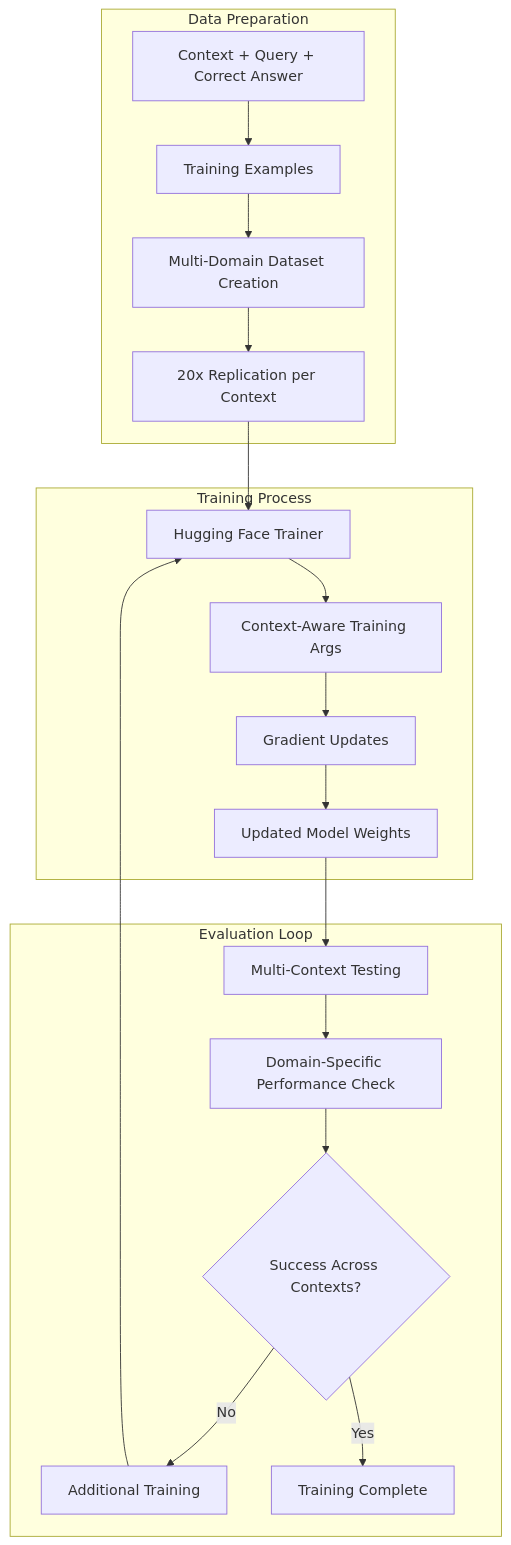
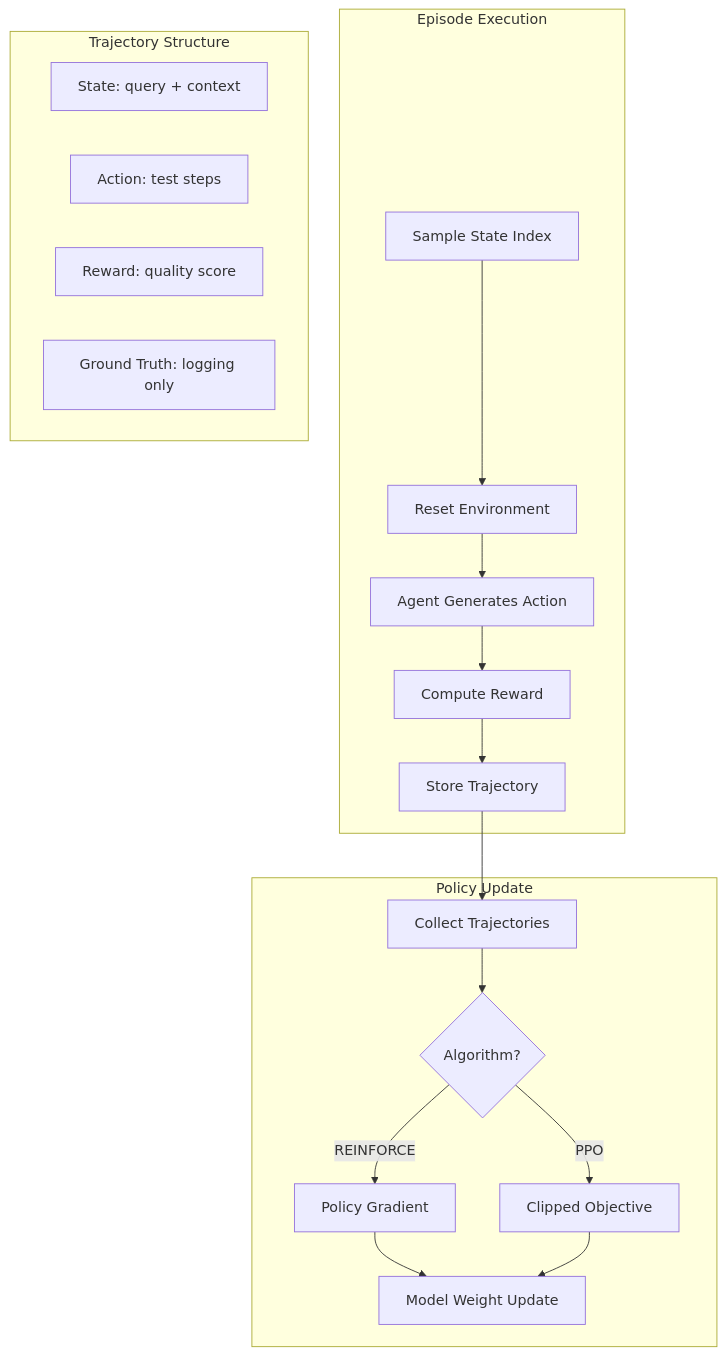
The fifth of 7 diagrams in README.md (Psilocybin2K/qwen-rl), drawn with Mermaid before and after one commit. The commit also changed other lines of this file, not shown here.

````diff
--- a/README.md
+++ b/README.md
@@ -378,24 +275,26 @@
 ```mermaid
 graph TB
-    subgraph "Data Preparation"
-        A[Context + Query + Correct Answer] --> B[Training Examples]
-        B --> C[Multi-Domain Dataset Creation]
-        C --> D[20x Replication per Context]
+    subgraph "Episode Execution"
+        A[Sample State Index] --> B[Reset Environment]
+        B --> C[Agent Generates Action]
+        C --> D[Compute Reward]
+        D --> E[Store Trajectory]
     end
     
-    subgraph "Training Process"
-        D --> E[Hugging Face Trainer]
-        E --> F[Context-Aware Training Args]
-        F --> G[Gradient Updates]
-        G --> H[Updated Model Weights]
+    subgraph "Trajectory Structure"
+        F[State: query + context]
+        G[Action: test steps]
+        H[Reward: quality score]
+        I[Ground Truth: logging only]
     end
     
-    subgraph "Evaluation Loop"
-        H --> I[Multi-Context Testing]
-        I --> J[Domain-Specific Performance Check]
-        J --> K{Success Across Contexts?}
-        K -->|No| L[Additional Training]
-        K -->|Yes| M[Training Complete]
-        L --> E
+    subgraph "Policy Update"
+        J[Collect Trajectories] --> K{Algorithm?}
+        K -->|REINFORCE| L[Policy Gradient]
+        K -->|PPO| M[Clipped Objective]
+        L --> N[Model Weight Update]
+        M --> N
     end
+    
+    E --> J
 ```
````
